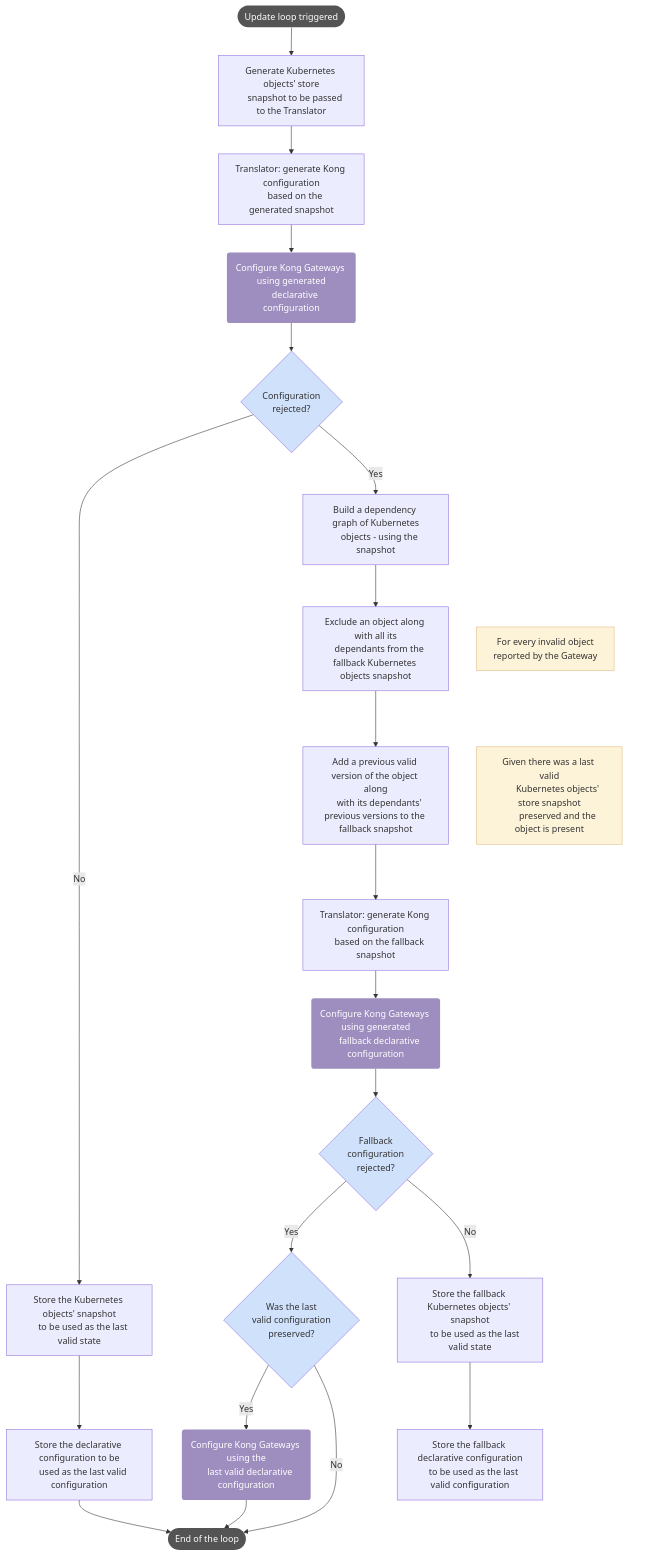
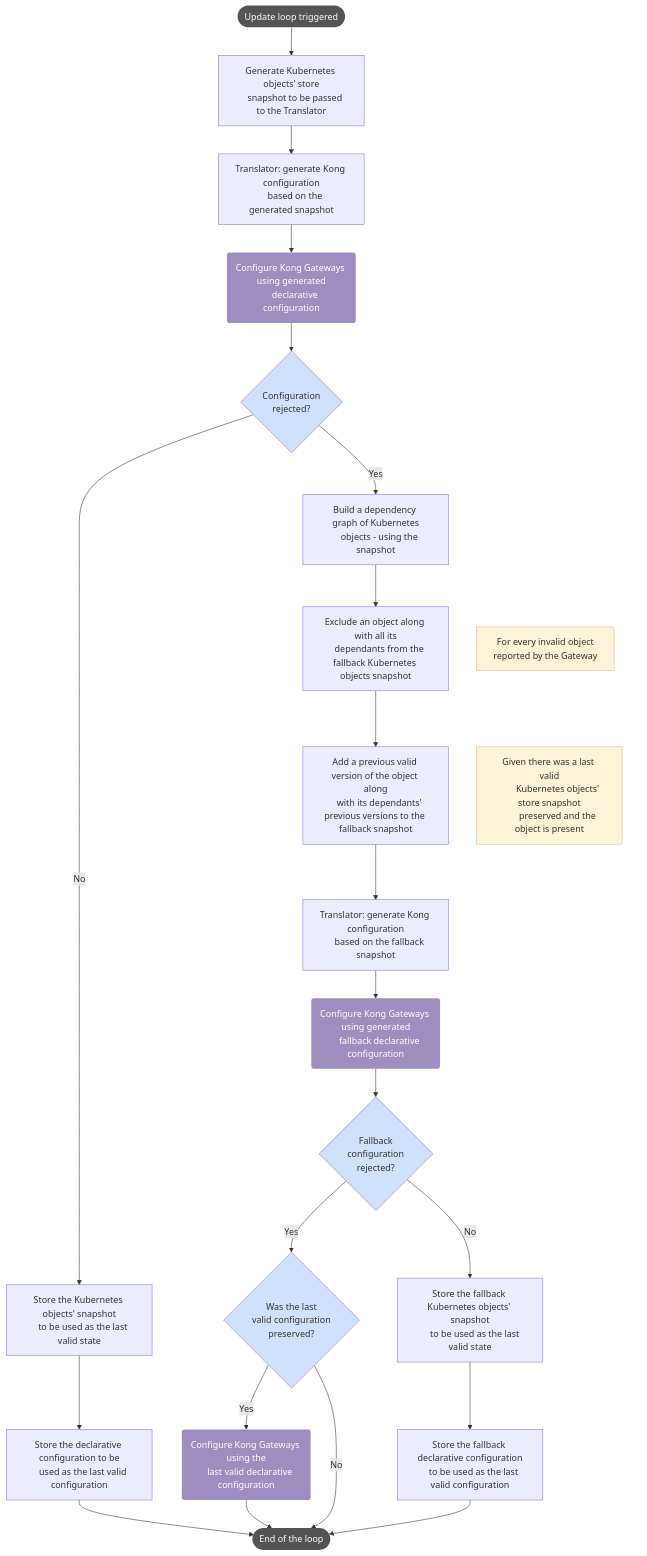
The diagram in app/_src/kubernetes-ingress-controller/guides/high-availability/fallback-config.md (Kong/docs.konghq.com), drawn with Mermaid before and after one commit. The commit also changed other lines of this file, not shown here.

```diff
--- a/app/_src/kubernetes-ingress-controller/guides/high-availability/fallback-config.md
+++ b/app/_src/kubernetes-ingress-controller/guides/high-availability/fallback-config.md
@@ -58,66 +58,67 @@
 {% mermaid %}
 flowchart TD
 classDef sub opacity:0
 classDef note stroke:#e1bb86,fill:#fdf3d8
 classDef externalCall fill:#9e8ebf,stroke:none,color:#fff
 classDef decision fill:#d0e1fb
 classDef startEnd fill:#545454,stroke:none,color:#fff
 
     A([Update loop triggered]) --> B[Generate Kubernetes objects' store
     snapshot to be passed to the Translator]
     B --> C[Translator: generate Kong configuration
     based on the generated snapshot]
     C --> D(Configure Kong Gateways using generated
     declarative configuration)
     D --> E{Configuration
     rejected?}
     E --> |No| G[Store the Kubernetes objects' snapshot
     to be used as the last valid state]
     E --> |Yes| F[Build a dependency graph of Kubernetes
     objects - using the snapshot]
     G --> H[Store the declarative configuration to be
     used as the last valid configuration]
     H --> Z([End of the loop])
     F --> I[Exclude an object along with all its
     dependants from the fallback Kubernetes objects snapshot]
     I --> J[Add a previous valid version of the object along
     with its dependants' previous versions to the fallback snapshot]
     J --> K[Translator: generate Kong configuration
     based on the fallback snapshot]
     K --> L(Configure Kong Gateways using generated
     fallback declarative configuration)
     L --> M{Fallback
     configuration
     rejected?}
     M --> |Yes| N{Was the last
     valid configuration
     preserved?}
     N --> |Yes| O(Configure Kong Gateways using the
     last valid declarative configuration)
     O --> Z
     N --> |No| Z
     M --> |No| P[Store the fallback Kubernetes objects' snapshot
      to be used as the last valid state]
     P --> R[Store the fallback declarative configuration
     to be used as the last valid configuration]
+    R --> Z
 
     subgraph subI [" "]
         I
         noteI[For every invalid object
         reported by the Gateway]
     end
 
     subgraph subJ [" "]
         J
         noteJ[Given there was a last valid
         Kubernetes objects' store snapshot
         preserved and the object is present]
     end
 
     class subI,subJ sub
     class noteI,noteJ note
     class D,L,O externalCall
     class A,Z startEnd
     class E,M,N decision
 
 {% endmermaid %}
```
